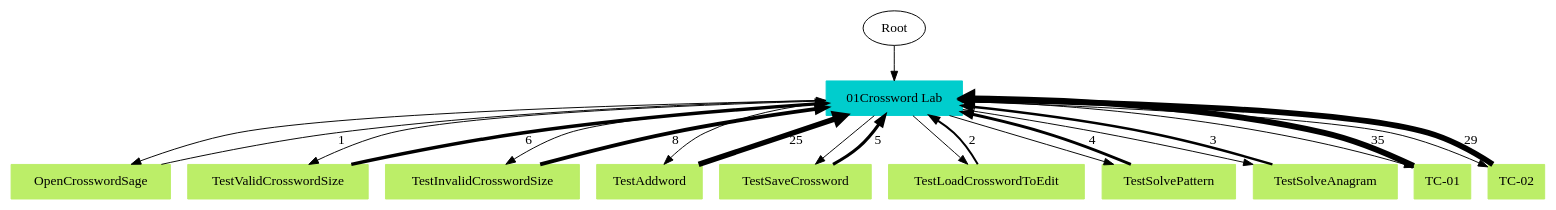
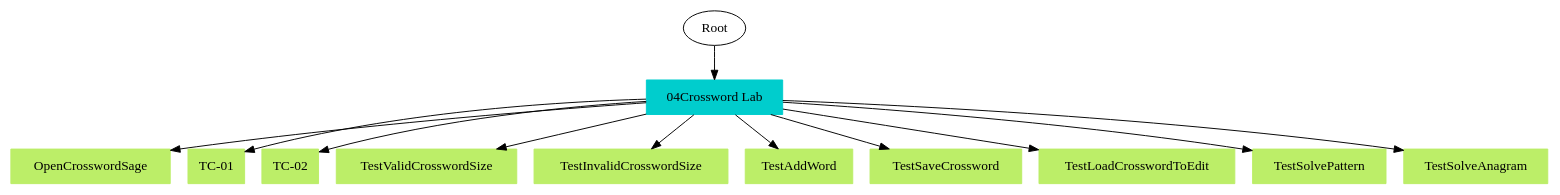
Before and after one commit to mypstom/robotide: the diagram in TS2TC.gv, drawn with Graphviz. The commit also changed 21 other files, not shown here.

```diff
--- a/TS2TC.gv
+++ b/TS2TC.gv
@@ -1,36 +1,26 @@
 // TS <-> TC
 digraph {
 	Root
-	"01Crossword Lab" [color=cyan3 shape=box style=filled]
-		Root -> "01Crossword Lab"
+	"04Crossword Lab" [color=cyan3 shape=box style=filled]
+		Root -> "04Crossword Lab"
 	OpenCrosswordSage [color=darkolivegreen2 shape=box style=filled]
-		"01Crossword Lab" -> OpenCrosswordSage
+		"04Crossword Lab" -> OpenCrosswordSage
+	"TC-01" [color=darkolivegreen2 shape=box style=filled]
+		"04Crossword Lab" -> "TC-01"
+	"TC-02" [color=darkolivegreen2 shape=box style=filled]
+		"04Crossword Lab" -> "TC-02"
 	TestValidCrosswordSize [color=darkolivegreen2 shape=box style=filled]
-		"01Crossword Lab" -> TestValidCrosswordSize
+		"04Crossword Lab" -> TestValidCrosswordSize
 	TestInvalidCrosswordSize [color=darkolivegreen2 shape=box style=filled]
-		"01Crossword Lab" -> TestInvalidCrosswordSize
-	TestAddword [color=darkolivegreen2 shape=box style=filled]
-		"01Crossword Lab" -> TestAddword
+		"04Crossword Lab" -> TestInvalidCrosswordSize
+	TestAddWord [color=darkolivegreen2 shape=box style=filled]
+		"04Crossword Lab" -> TestAddWord
 	TestSaveCrossword [color=darkolivegreen2 shape=box style=filled]
-		"01Crossword Lab" -> TestSaveCrossword
+		"04Crossword Lab" -> TestSaveCrossword
 	TestLoadCrosswordToEdit [color=darkolivegreen2 shape=box style=filled]
-		"01Crossword Lab" -> TestLoadCrosswordToEdit
+		"04Crossword Lab" -> TestLoadCrosswordToEdit
 	TestSolvePattern [color=darkolivegreen2 shape=box style=filled]
-		"01Crossword Lab" -> TestSolvePattern
+		"04Crossword Lab" -> TestSolvePattern
 	TestSolveAnagram [color=darkolivegreen2 shape=box style=filled]
-		"01Crossword Lab" -> TestSolveAnagram
-	"TC-01" [color=darkolivegreen2 shape=box style=filled]
-		"01Crossword Lab" -> "TC-01"
-	"TC-02" [color=darkolivegreen2 shape=box style=filled]
-		"01Crossword Lab" -> "TC-02"
-		TestLoadCrosswordToEdit -> "01Crossword Lab" [label=2 penwidth=2.0]
-		TestSolvePattern -> "01Crossword Lab" [label=4 penwidth=3.0]
-		"TC-02" -> "01Crossword Lab" [label=29 penwidth=5.85798099513]
-		TestSaveCrossword -> "01Crossword Lab" [label=5 penwidth=3.32192809489]
-		TestInvalidCrosswordSize -> "01Crossword Lab" [label=8 penwidth=4.0]
-		TestSolveAnagram -> "01Crossword Lab" [label=3 penwidth=2.58496250072]
-		TestValidCrosswordSize -> "01Crossword Lab" [label=6 penwidth=3.58496250072]
-		"TC-01" -> "01Crossword Lab" [label=35 penwidth=6.12928301694]
-		OpenCrosswordSage -> "01Crossword Lab" [label=1 penwidth=1.0]
-		TestAddword -> "01Crossword Lab" [label=25 penwidth=5.64385618977]
+		"04Crossword Lab" -> TestSolveAnagram
 }
```
